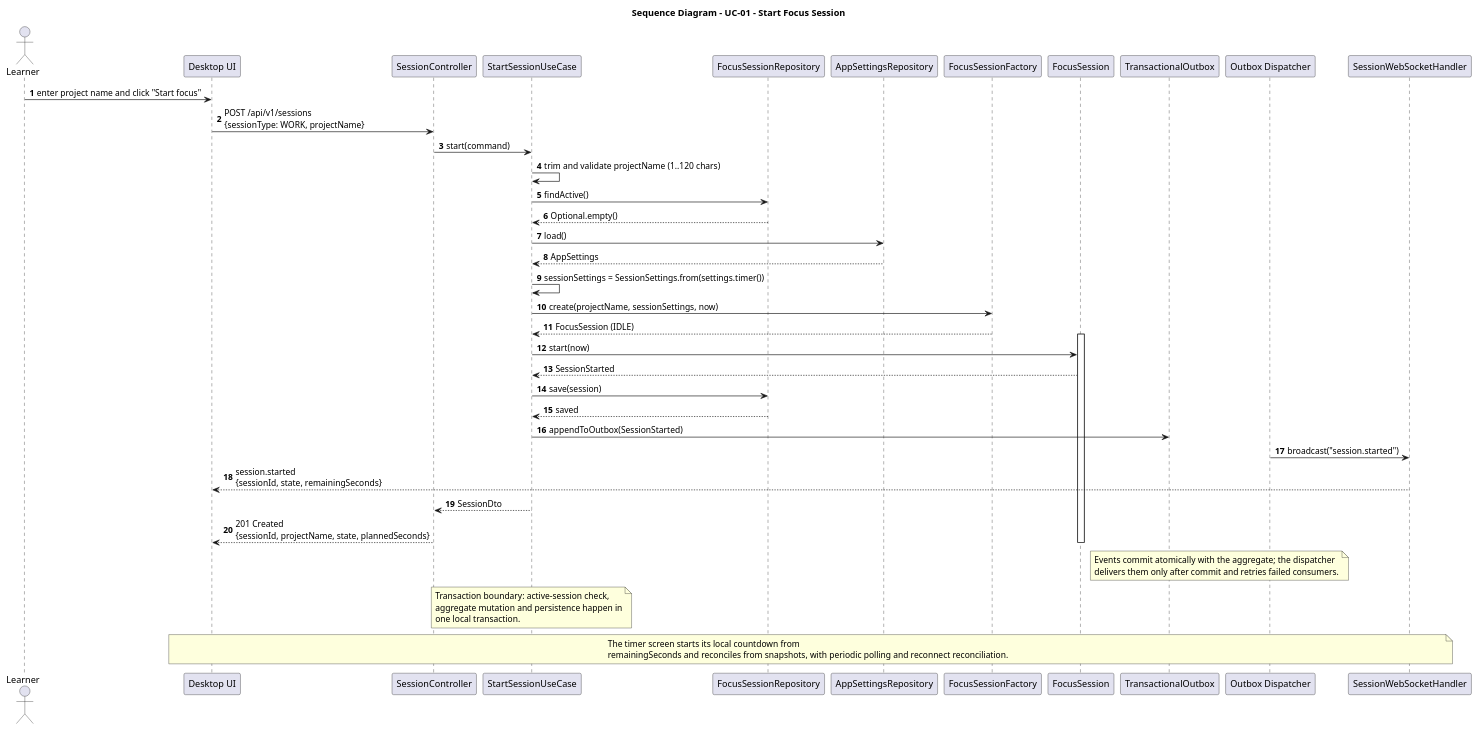
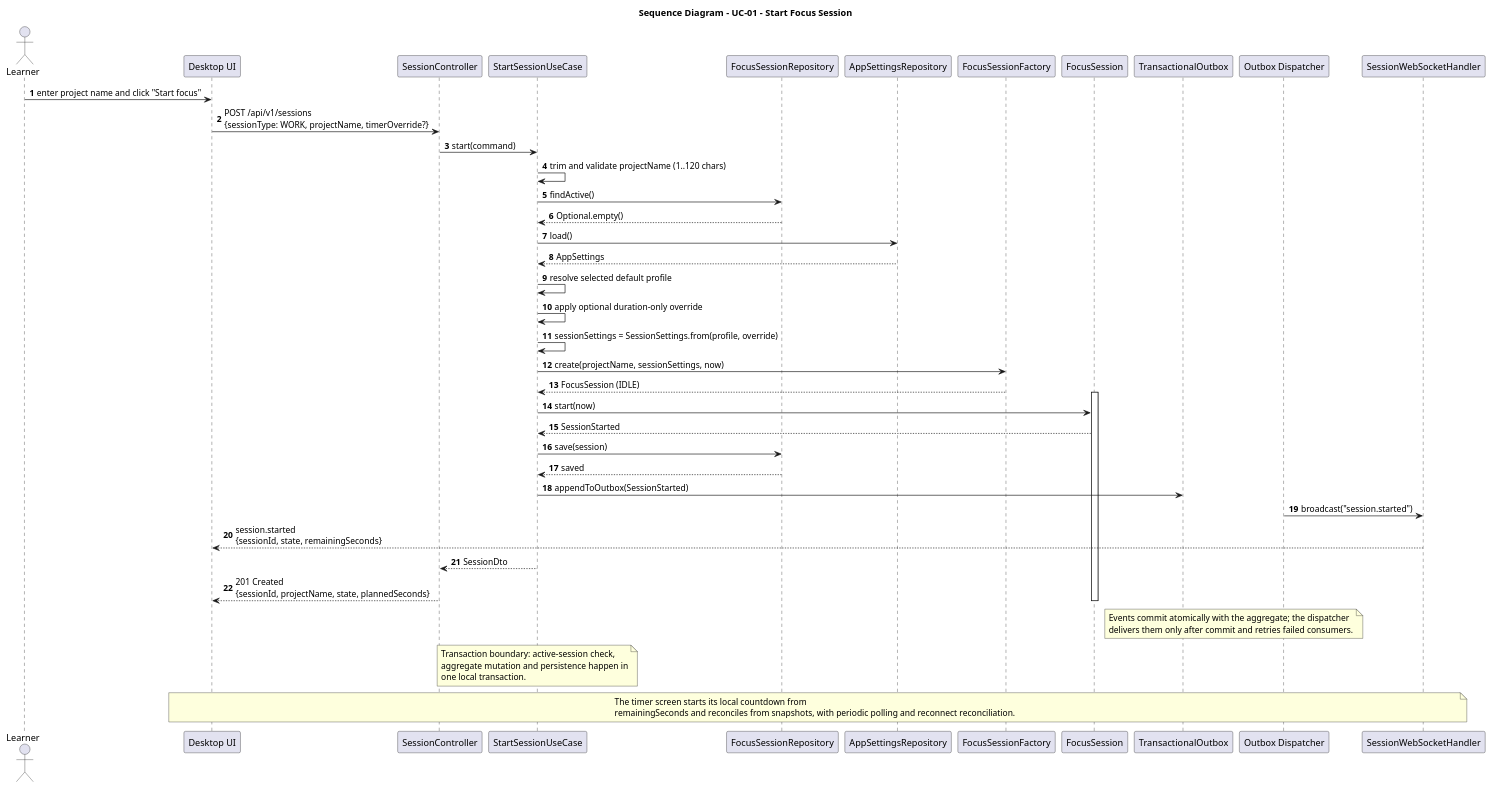
One commit to MiguelRibeiro1210/Focus-and-Study-Tracking changed the diagram in docs/SD/SD_StartSession.puml. Above: the diagram before and after it, drawn with PlantUML. The commit also changed 21 other files, not shown here.

```diff
--- a/docs/SD/SD_StartSession.puml
+++ b/docs/SD/SD_StartSession.puml
@@ -1,57 +1,59 @@
 @startuml
 title Sequence Diagram - UC-01 - Start Focus Session
 
 autonumber
 actor Learner
 participant "Desktop UI" as UI
 participant "SessionController" as Controller
 participant "StartSessionUseCase" as UseCase
 participant "FocusSessionRepository" as SessionRepo
 participant "AppSettingsRepository" as SettingsRepo
 participant "FocusSessionFactory" as Factory
 participant "FocusSession" as Session
 participant "TransactionalOutbox" as Events
 participant "Outbox Dispatcher" as Dispatcher
 participant "SessionWebSocketHandler" as WS
 
 Learner -> UI : enter project name and click "Start focus"
-UI -> Controller : POST /api/v1/sessions\n{sessionType: WORK, projectName}
+UI -> Controller : POST /api/v1/sessions\n{sessionType: WORK, projectName, timerOverride?}
 Controller -> UseCase : start(command)
 UseCase -> UseCase : trim and validate projectName (1..120 chars)
 UseCase -> SessionRepo : findActive()
 SessionRepo --> UseCase : Optional.empty()
 
 UseCase -> SettingsRepo : load()
 SettingsRepo --> UseCase : AppSettings
-UseCase -> UseCase : sessionSettings = SessionSettings.from(settings.timer())
+UseCase -> UseCase : resolve selected default profile
+UseCase -> UseCase : apply optional duration-only override
+UseCase -> UseCase : sessionSettings = SessionSettings.from(profile, override)
 UseCase -> Factory : create(projectName, sessionSettings, now)
 Factory --> UseCase : FocusSession (IDLE)
 activate Session
 UseCase -> Session : start(now)
 Session --> UseCase : SessionStarted
 UseCase -> SessionRepo : save(session)
 SessionRepo --> UseCase : saved
 UseCase -> Events : appendToOutbox(SessionStarted)
 Dispatcher -> WS : broadcast("session.started")
 WS --> UI : session.started\n{sessionId, state, remainingSeconds}
 UseCase --> Controller : SessionDto
 Controller --> UI : 201 Created\n{sessionId, projectName, state, plannedSeconds}
 deactivate Session
 
 note over Events, Dispatcher
   Events commit atomically with the aggregate; the dispatcher
   delivers them only after commit and retries failed consumers.
 end note
 
 note over UseCase
   Transaction boundary: active-session check,
   aggregate mutation and persistence happen in
   one local transaction.
 end note
 
 note over UI, WS
   The timer screen starts its local countdown from
   remainingSeconds and reconciles from snapshots, with periodic polling and reconnect reconciliation.
 end note
 
 @enduml
```
